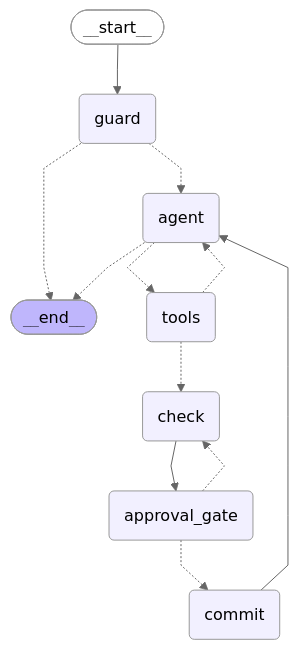
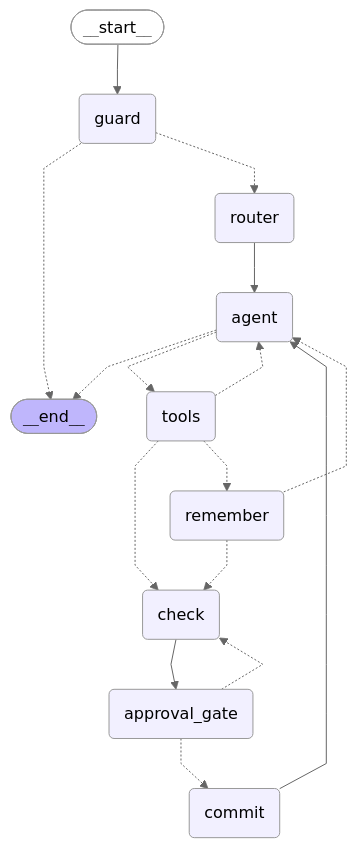
One commit to qamran/Sagaloom changed the diagram in README.md. Above: the diagram before and after it, drawn with Mermaid (neutral theme). The commit also changed other lines of this file and 6 other files, not shown here.

First line of the commit message:
docs: Wave 3 walkthroughs, diagram and review notes

````diff
--- a/README.md
+++ b/README.md
@@ -117,30 +123,36 @@
 ```mermaid
 ---
 config:
   flowchart:
     curve: linear
 ---
 graph TD;
 	__start__([<p>__start__</p>]):::first
 	guard(guard)
+	router(router)
 	agent(agent)
 	tools(tools)
+	remember(remember)
 	check(check)
 	approval_gate(approval_gate)
 	commit(commit)
 	__end__([<p>__end__</p>]):::last
 	__start__ --> guard;
 	agent -.-> __end__;
 	agent -.-> tools;
 	approval_gate -.-> check;
 	approval_gate -.-> commit;
 	check --> approval_gate;
 	commit --> agent;
 	guard -.-> __end__;
-	guard -.-> agent;
+	guard -.-> router;
+	remember -.-> agent;
+	remember -.-> check;
+	router --> agent;
 	tools -.-> agent;
 	tools -.-> check;
+	tools -.-> remember;
 	classDef default fill:#f2f0ff,line-height:1.2
 	classDef first fill-opacity:0
 	classDef last fill:#bfb6fc
 ```
````
